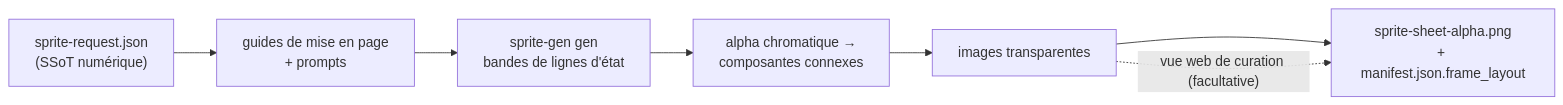
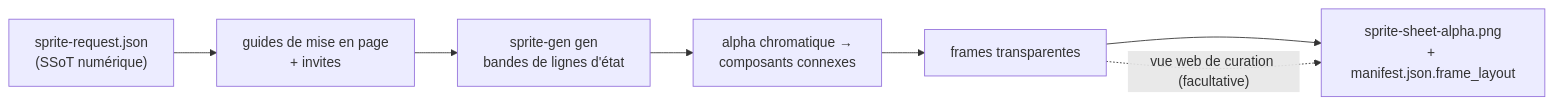
Before and after one commit to aldegad/sprite-gen: the diagram in README.fr.md, drawn with Mermaid. The commit also changed other lines of this file and 14 other files, not shown here.

````diff
--- a/README.fr.md
+++ b/README.fr.md
@@ -25,9 +25,9 @@
 ```mermaid
 flowchart LR
-    REQ["sprite-request.json<br/>(SSoT numérique)"] --> GUIDES["guides de mise en page<br/>+ prompts"]
+    REQ["sprite-request.json<br/>(SSoT numérique)"] --> GUIDES["guides de mise en page<br/>+ invites"]
     GUIDES --> GEN["sprite-gen gen<br/>bandes de lignes d'état"]
-    GEN --> EXTRACT["alpha chromatique →<br/>composantes connexes"]
-    EXTRACT --> FRAMES["images transparentes"]
+    GEN --> EXTRACT["alpha chromatique →<br/>composants connexes"]
+    EXTRACT --> FRAMES["frames transparentes"]
     FRAMES --> ATLAS["sprite-sheet-alpha.png<br/>+ manifest.json.frame_layout"]
     FRAMES -. "vue web de curation (facultative)" .-> ATLAS
 ```
````
